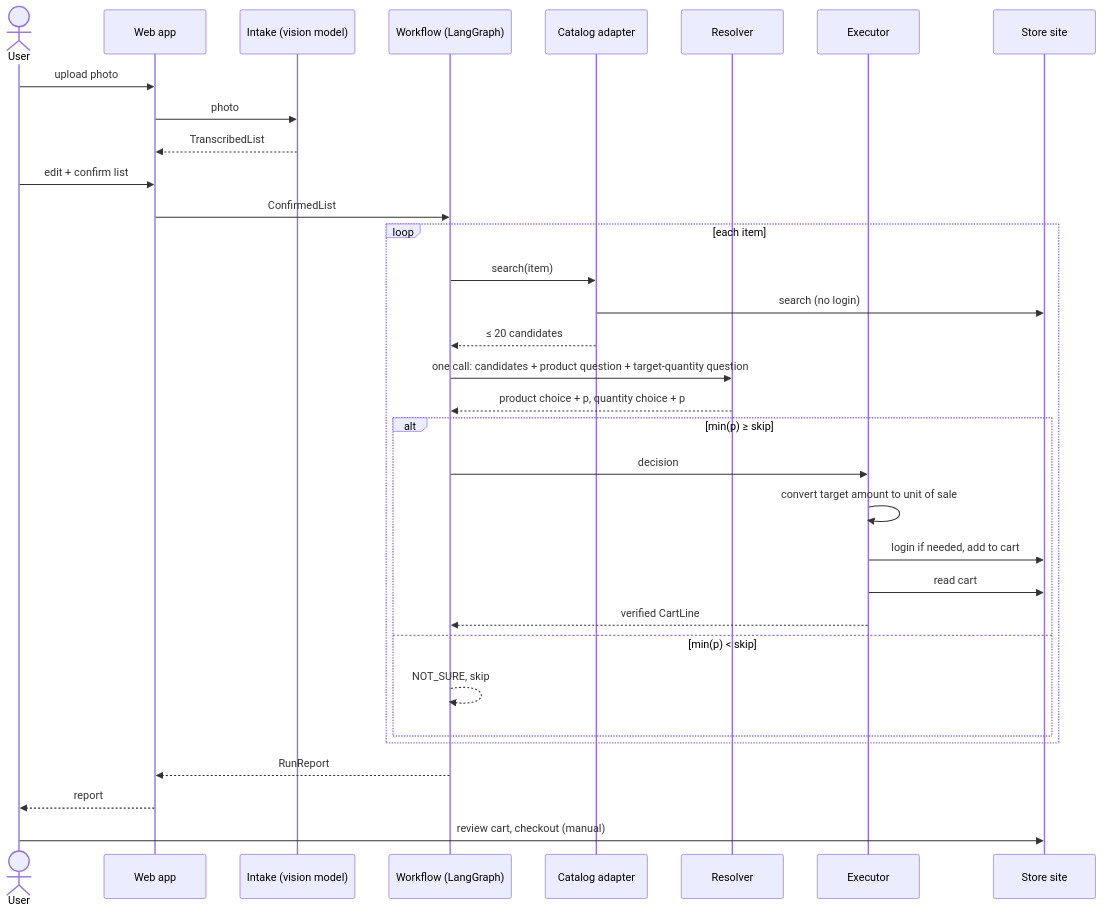
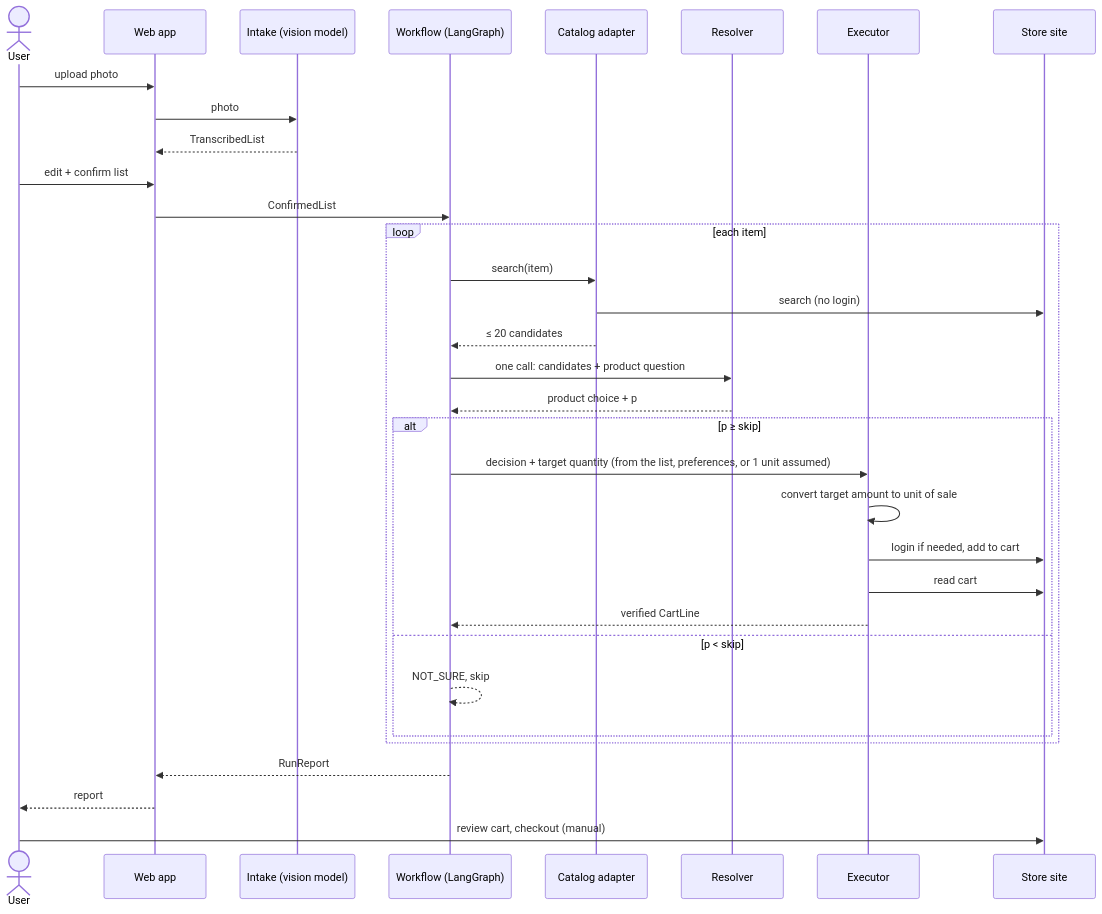
One commit to jwjosefy/shopping-minion changed the third of 3 diagrams in docs/hld.md. Above: the diagram before and after it, drawn with Mermaid. The commit also changed other lines of this file and 1 other file, not shown here.

````diff
--- a/docs/hld.md
+++ b/docs/hld.md
@@ -262,36 +261,36 @@
 ```mermaid
 sequenceDiagram
     actor U as User
     participant W as Web app
     participant I as Intake (vision model)
     participant G as Workflow (LangGraph)
     participant C as Catalog adapter
     participant R as Resolver
     participant E as Executor
     participant S as Store site
 
     U->>W: upload photo
     W->>I: photo
     I-->>W: TranscribedList
     U->>W: edit + confirm list
     W->>G: ConfirmedList
     loop each item
         G->>C: search(item)
         C->>S: search (no login)
         C-->>G: ≤ 20 candidates
-        G->>R: one call: candidates + product question + target-quantity question
-        R-->>G: product choice + p, quantity choice + p
-        alt min(p) ≥ skip
-            G->>E: decision
+        G->>R: one call: candidates + product question
+        R-->>G: product choice + p
+        alt p ≥ skip
+            G->>E: decision + target quantity (from the list, preferences, or 1 unit assumed)
             E->>E: convert target amount to unit of sale
             E->>S: login if needed, add to cart
             E->>S: read cart
             E-->>G: verified CartLine
-        else min(p) < skip
+        else p < skip
             G-->>G: NOT_SURE, skip
         end
     end
     G-->>W: RunReport
     W-->>U: report
     U->>S: review cart, checkout (manual)
 ```
````
